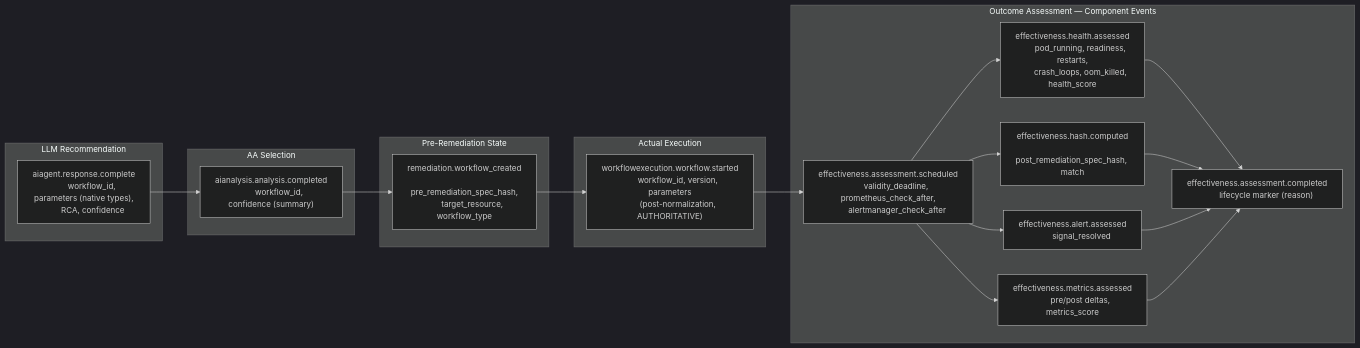
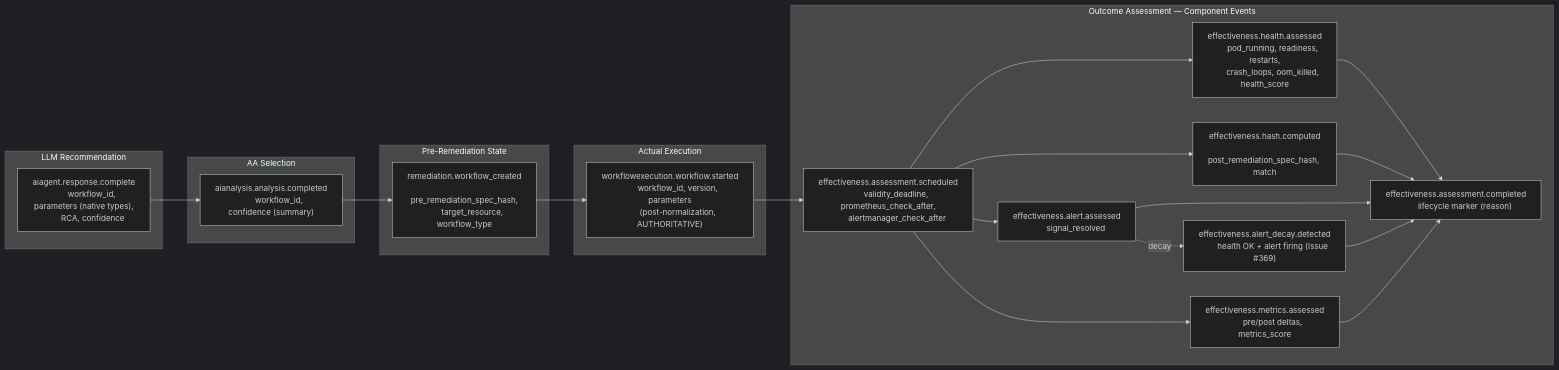
One commit to jordigilh/kubernaut changed the sixth of 8 diagrams in docs/architecture/decisions/ADR-EM-001-effectiveness-monitor-service-integration.md. Above: the diagram before and after it, drawn with Mermaid (dark theme). The commit also changed other lines of this file and 3 other files, not shown here.

First line of the commit message:
docs(em): update authoritative documentation for alert decay detection (#369)

````diff
--- a/docs/architecture/decisions/ADR-EM-001-effectiveness-monitor-service-integration.md
+++ b/docs/architecture/decisions/ADR-EM-001-effectiveness-monitor-service-integration.md
@@ -563,55 +570,59 @@
 ```mermaid
 flowchart LR
     subgraph recommendation [LLM Recommendation]
         A1["aiagent.response.complete
         workflow_id, parameters (native types),
         RCA, confidence"]
     end
 
     subgraph selection [AA Selection]
         A2["aianalysis.analysis.completed
         workflow_id, confidence (summary)"]
     end
 
     subgraph preState [Pre-Remediation State]
         A3["remediation.workflow_created
         pre_remediation_spec_hash,
         target_resource, workflow_type"]
     end
 
     subgraph execution [Actual Execution]
         A4["workflowexecution.workflow.started
         workflow_id, version, parameters
         (post-normalization, AUTHORITATIVE)"]
     end
 
     subgraph outcome [Outcome Assessment — Component Events]
         A5sched["effectiveness.assessment.scheduled
         validity_deadline, prometheus_check_after,
         alertmanager_check_after"]
         A5a["effectiveness.health.assessed
         pod_running, readiness, restarts,
         crash_loops, oom_killed, health_score"]
         A5b["effectiveness.hash.computed
         post_remediation_spec_hash, match"]
         A5c["effectiveness.alert.assessed
         signal_resolved"]
+        A5c2["effectiveness.alert_decay.detected
+        health OK + alert firing (Issue #369)"]
         A5d["effectiveness.metrics.assessed
         pre/post deltas, metrics_score"]
         A5e["effectiveness.assessment.completed
         lifecycle marker (reason)"]
     end
 
     A1 --> A2
     A2 --> A3
     A3 --> A4
     A4 --> A5sched
     A5sched --> A5a
     A5sched --> A5b
     A5sched --> A5c
+    A5c -.->|"decay"| A5c2
     A5sched --> A5d
     A5a --> A5e
     A5b --> A5e
     A5c --> A5e
+    A5c2 --> A5e
     A5d --> A5e
 ```
````
